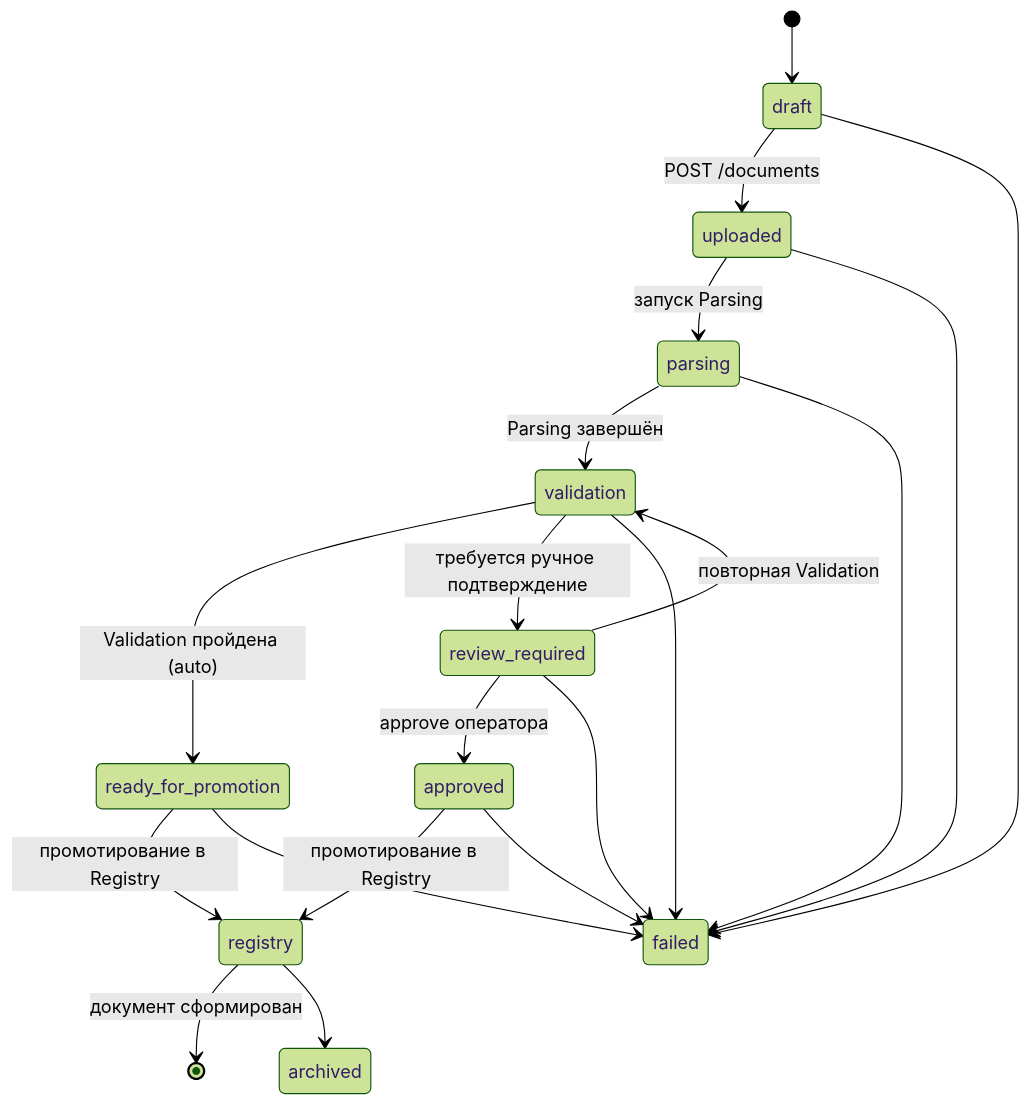
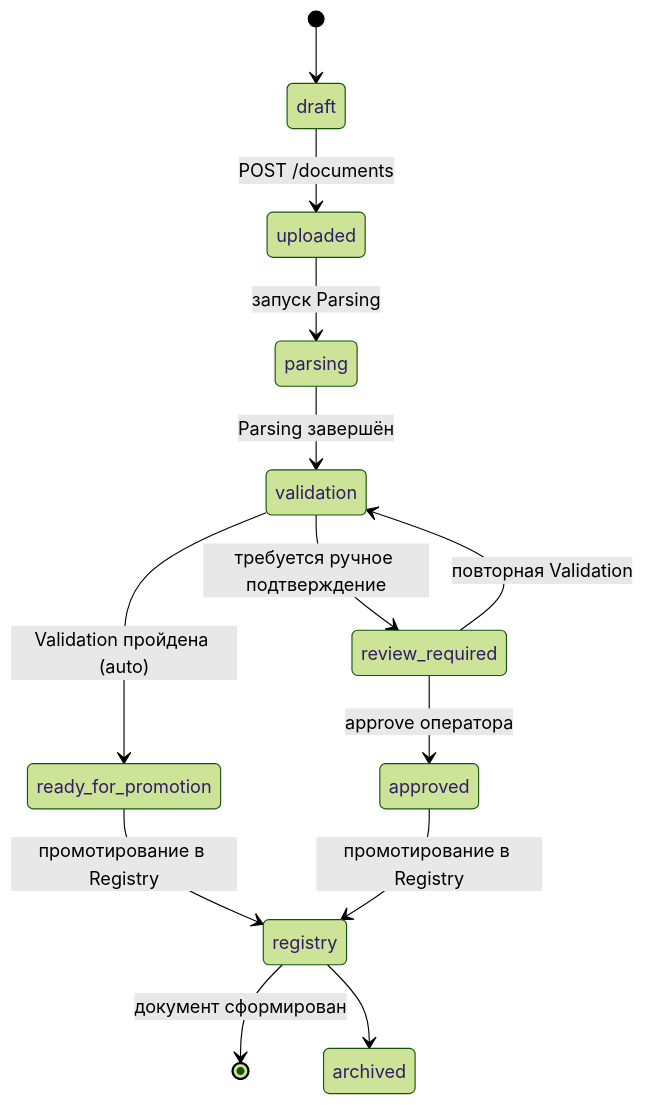
The second of 10 diagrams in docs/pipelines/overview.md (MasterKSAF/PKB), drawn with Mermaid (forest theme) before and after one commit. The commit also changed other lines of this file, not shown here.

````diff
--- a/docs/pipelines/overview.md
+++ b/docs/pipelines/overview.md
@@ -56,24 +73,16 @@
 ```mermaid
 stateDiagram-v2
     [*] --> draft
     draft --> uploaded : POST /documents
     uploaded --> parsing : запуск Parsing
     parsing --> validation : Parsing завершён
     validation --> ready_for_promotion : Validation пройдена (auto)
     validation --> review_required : требуется ручное подтверждение
     review_required --> validation : повторная Validation
     review_required --> approved : approve оператора
     ready_for_promotion --> registry : промотирование в Registry
     approved --> registry : промотирование в Registry
     
-    draft --> failed
-    uploaded --> failed
-    parsing --> failed
-    validation --> failed
-    review_required --> failed
-    ready_for_promotion --> failed
-    approved --> failed
-    
     registry --> [*] : документ сформирован
     registry --> archived
 ```
````
